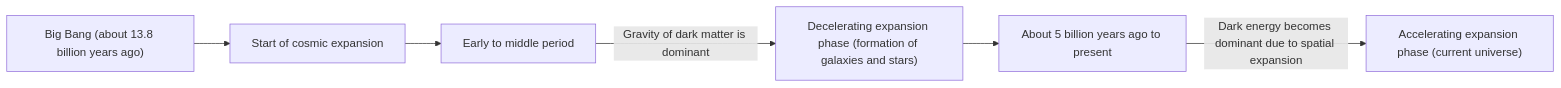
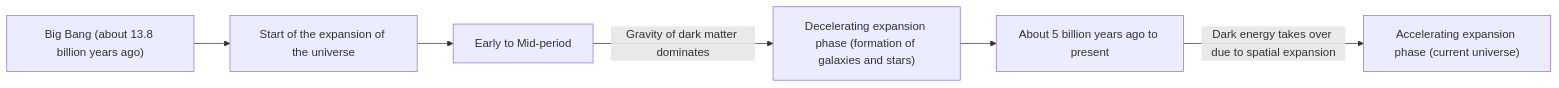
One commit to kenjinote/blog changed the second of 2 diagrams in content/post/dark-matter-dark-energy-mysteries/index.en.md. Above: the diagram before and after it, drawn with Mermaid. The commit also changed other lines of this file and 12 other files, not shown here.

Commit message:
feat: Update dark matter article with latest LZ experiment and Higgsino news

````diff
--- a/content/post/dark-matter-dark-energy-mysteries/index.en.md
+++ b/content/post/dark-matter-dark-energy-mysteries/index.en.md
@@ -83,8 +89,8 @@
 ```mermaid
 graph LR
-    A["Big Bang (about 13.8 billion years ago)"] --> B["Start of cosmic expansion"]
-    B --> C["Early to middle period"]
-    C -- "Gravity of dark matter is dominant" --> D["Decelerating expansion phase (formation of galaxies and stars)"]
+    A["Big Bang (about 13.8 billion years ago)"] --> B["Start of the expansion of the universe"]
+    B --> C["Early to Mid-period"]
+    C -- "Gravity of dark matter dominates" --> D["Decelerating expansion phase (formation of galaxies and stars)"]
     D --> E["About 5 billion years ago to present"]
-    E -- "Dark energy becomes dominant due to spatial expansion" --> F["Accelerating expansion phase (current universe)"]
+    E -- "Dark energy takes over due to spatial expansion" --> F["Accelerating expansion phase (current universe)"]
 ```
````
